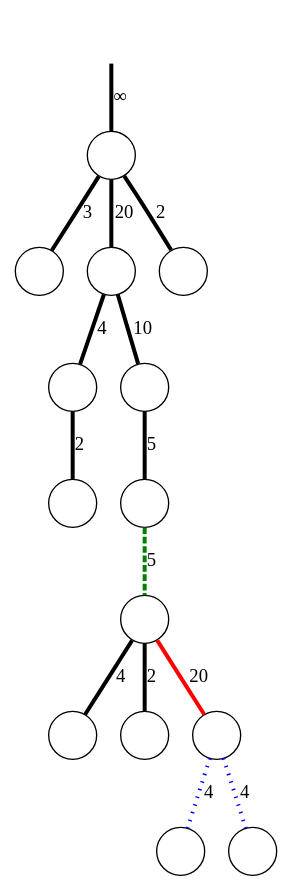
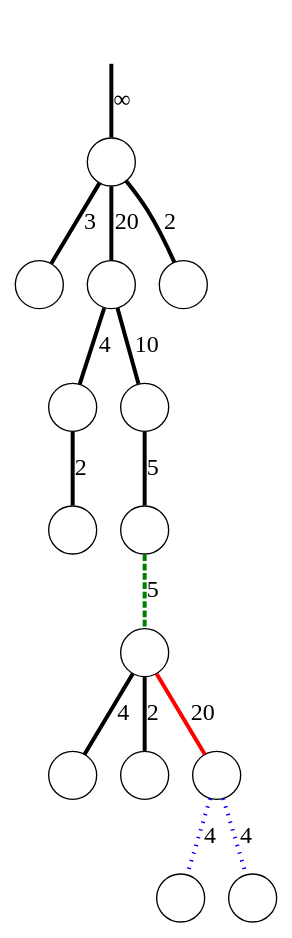
Before and after one commit to sgolodetz/waterfallpaper: the diagram in graphs/example-c.gv, drawn with Graphviz. The commit also changed 15 other files, not shown here.

```diff
--- a/graphs/example-c.gv
+++ b/graphs/example-c.gv
@@ -1,22 +1,22 @@
 digraph
 {
 	node [shape=circle, label=""];
-	edge [dir=both, arrowtail=none, arrowhead=none, penwidth=3];
+	edge [dir=both, arrowtail=none, arrowhead=none, penwidth=3, fontsize=18];
 
 	r -> n00 [label="&infin;"];
 	n00 -> n10 [label=3];
 	n00 -> n11 [label=20];
 	n00 -> n12 [label=2];
 	n11 -> n20 [label=4];
 	n11 -> n21 [label=10];
 	n20 -> n30 [label=2];
 	n21 -> n31 [label=5];
 	n31 -> n40 [label=5, color=green, style=dashed];
 	n40 -> n50 [label=4];
 	n40 -> n51 [label=2];
 	n40 -> n52 [label=20, color=red, style=bold];
 	n52 -> n60 [label=4, color=blue, style=dotted];
 	n52 -> n61 [label=4, color=blue, style=dotted];
 
 	r [style=invisible];
 }
```
